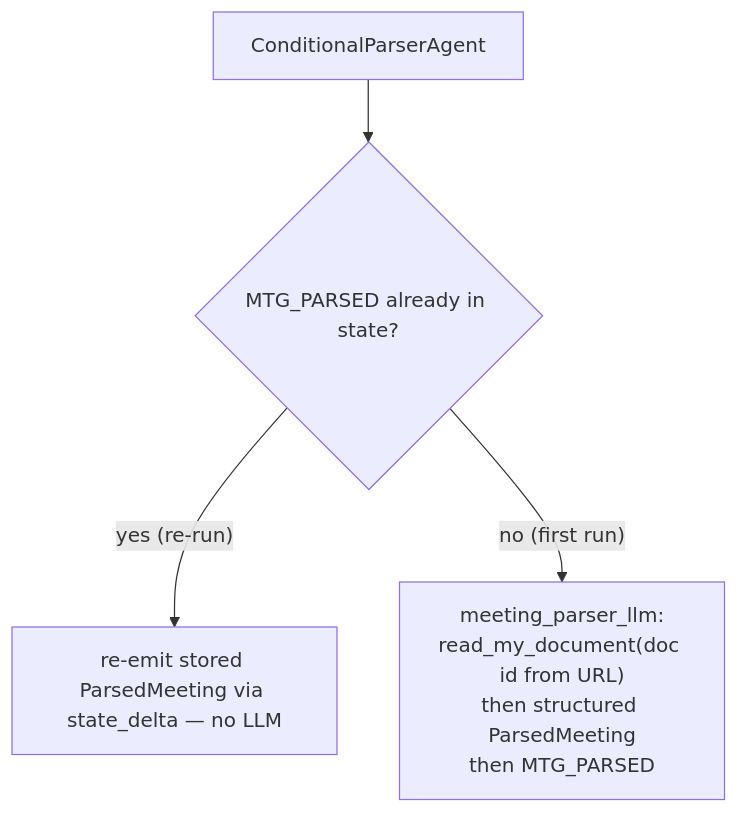
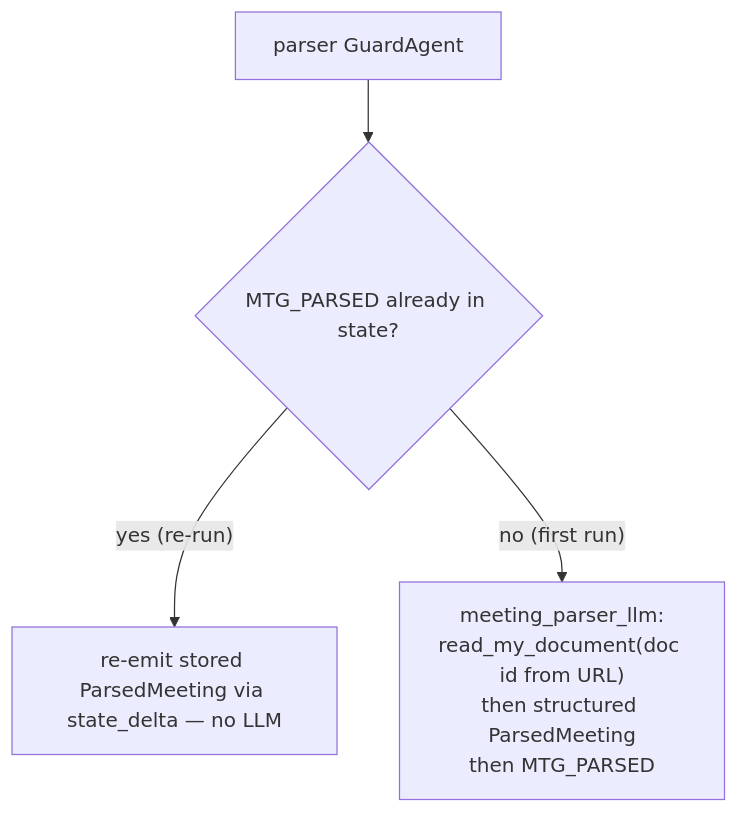
Before and after one commit to Bojackson123/Workspace-Agent: the third of 9 diagrams in Docs/Meeting-Workflow.md, drawn with Mermaid. The commit also changed other lines of this file and 53 other files, not shown here.

````diff
--- a/Docs/Meeting-Workflow.md
+++ b/Docs/Meeting-Workflow.md
@@ -71,6 +74,6 @@
 ```mermaid
 flowchart TD
-    PA["ConditionalParserAgent"] --> Q{"MTG_PARSED already in state?"}
+    PA["parser GuardAgent"] --> Q{"MTG_PARSED already in state?"}
     Q -->|"yes (re-run)"| RE["re-emit stored ParsedMeeting via state_delta — no LLM"]
     Q -->|"no (first run)"| LLM["meeting_parser_llm:<br/>read_my_document(doc id from URL)<br/>then structured ParsedMeeting<br/>then MTG_PARSED"]
 ```
````
